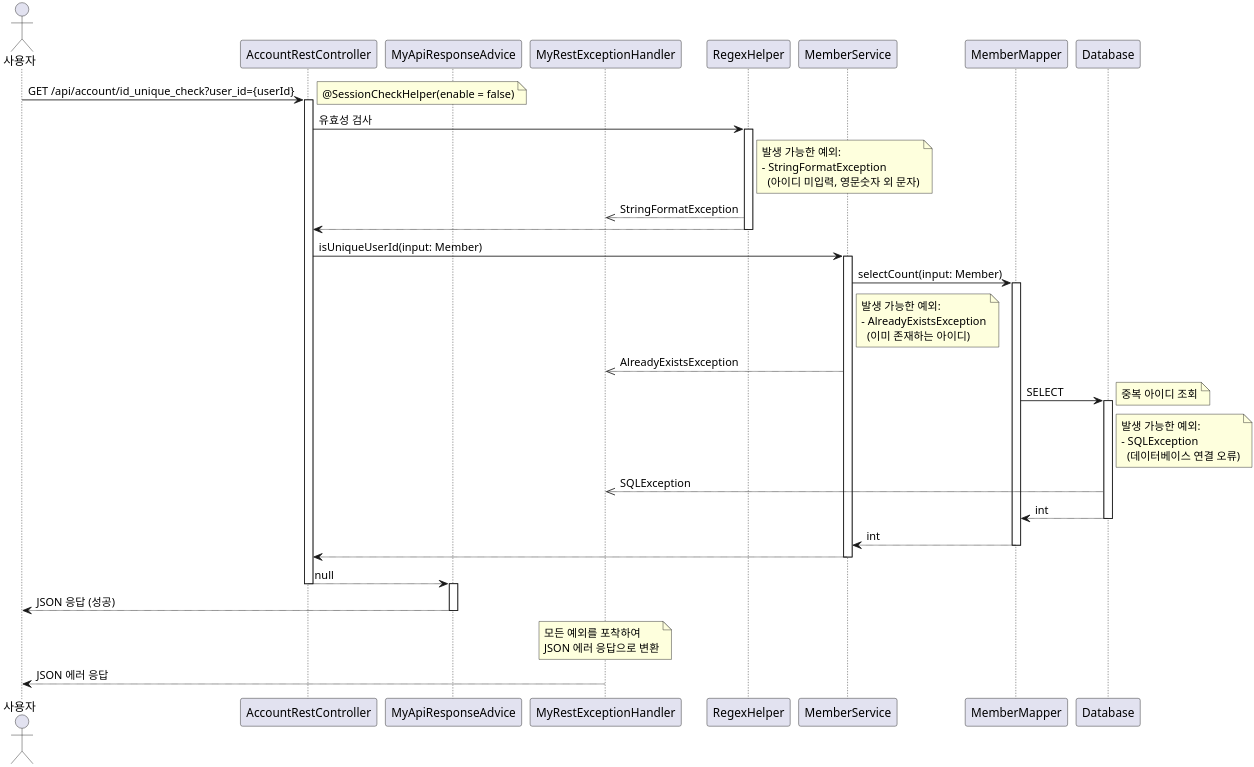
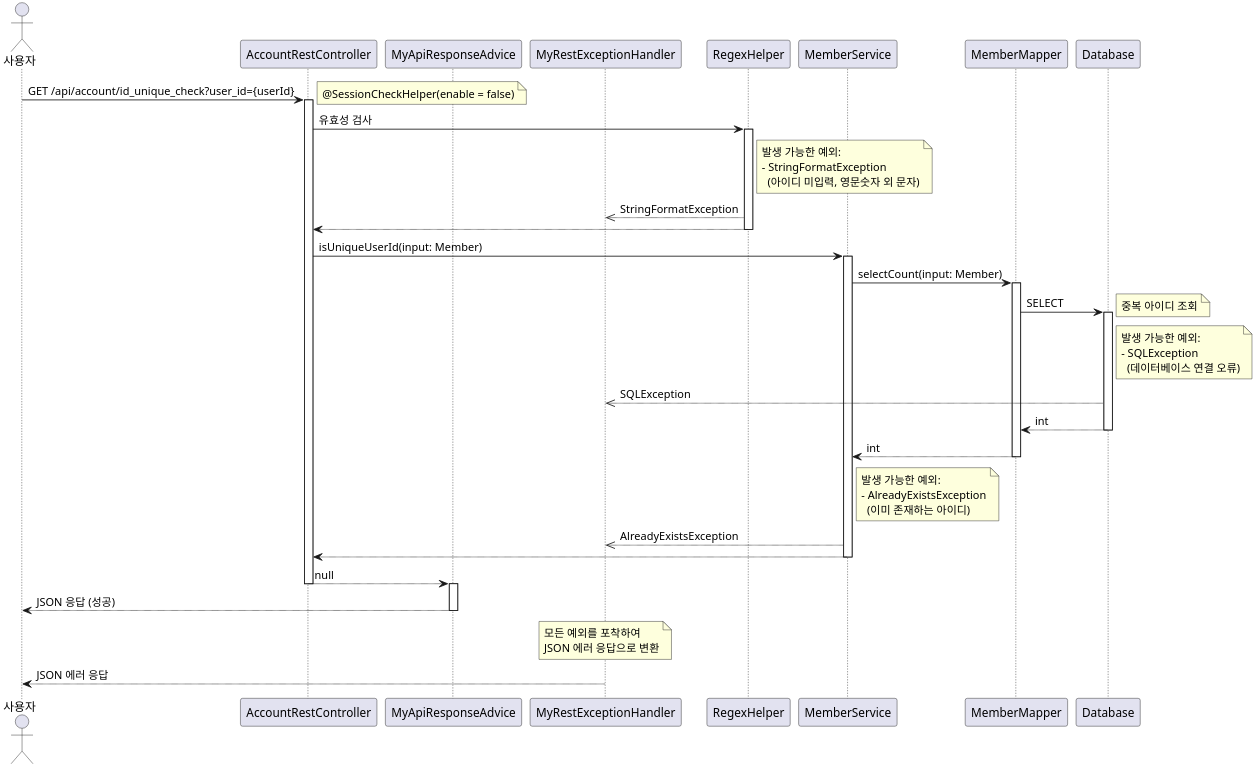
Before and after one commit to leekh4232/study-myshop: the diagram in uml/AccountRestController/idUniqueCheck_Sequence.puml, drawn with PlantUML. The commit also changed other lines of this file and 64 other files, not shown here.

```diff
--- a/uml/AccountRestController/idUniqueCheck_Sequence.puml
+++ b/uml/AccountRestController/idUniqueCheck_Sequence.puml
@@ -1,51 +1,51 @@
 @startuml
 skinparam dpi 300
 
 actor Actor as "사용자"
 participant AccountRestController
 participant MyApiResponseAdvice
 participant MyRestExceptionHandler
 participant RegexHelper
 participant MemberService
 participant MemberMapper
 participant Database
 
 Actor -> AccountRestController: GET /api/account/id_unique_check?user_id={userId}
 activate AccountRestController
 note right: @SessionCheckHelper(enable = false)
 
 AccountRestController -> RegexHelper: 유효성 검사
 activate RegexHelper
 note right of RegexHelper: 발생 가능한 예외:\n- StringFormatException\n  (아이디 미입력, 영문숫자 외 문자)
 RegexHelper -->> MyRestExceptionHandler: StringFormatException
 RegexHelper --> AccountRestController
 deactivate RegexHelper
 
 AccountRestController -> MemberService: isUniqueUserId(input: Member)
 activate MemberService
 MemberService -> MemberMapper: selectCount(input: Member)
 activate MemberMapper
-note right of MemberService: 발생 가능한 예외:\n- AlreadyExistsException\n  (이미 존재하는 아이디)
-MemberService -->> MyRestExceptionHandler: AlreadyExistsException
 MemberMapper -> Database: SELECT
 activate Database
 note right: 중복 아이디 조회
 note right of Database: 발생 가능한 예외:\n- SQLException\n  (데이터베이스 연결 오류)
 Database -->> MyRestExceptionHandler: SQLException
 Database --> MemberMapper: int
 deactivate Database
 MemberMapper --> MemberService: int
 deactivate MemberMapper
+note right of MemberService: 발생 가능한 예외:\n- AlreadyExistsException\n  (이미 존재하는 아이디)
+MemberService -->> MyRestExceptionHandler: AlreadyExistsException
 MemberService --> AccountRestController
 deactivate MemberService
 
 AccountRestController --> MyApiResponseAdvice: null
 deactivate AccountRestController
 activate MyApiResponseAdvice
 MyApiResponseAdvice --> Actor: JSON 응답 (성공)
 deactivate MyApiResponseAdvice
 
 note over MyRestExceptionHandler: 모든 예외를 포착하여\nJSON 에러 응답으로 변환
 MyRestExceptionHandler --> Actor: JSON 에러 응답
 
 @enduml
```
